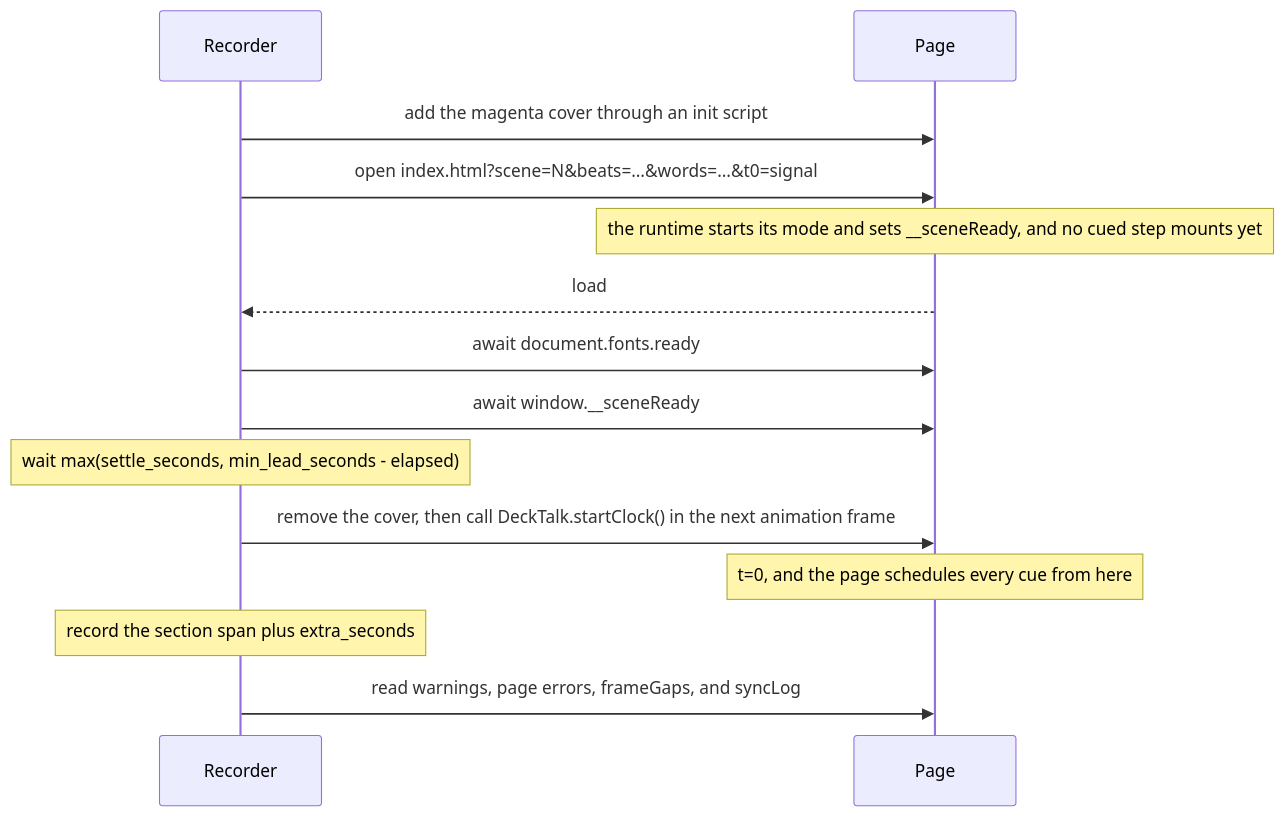
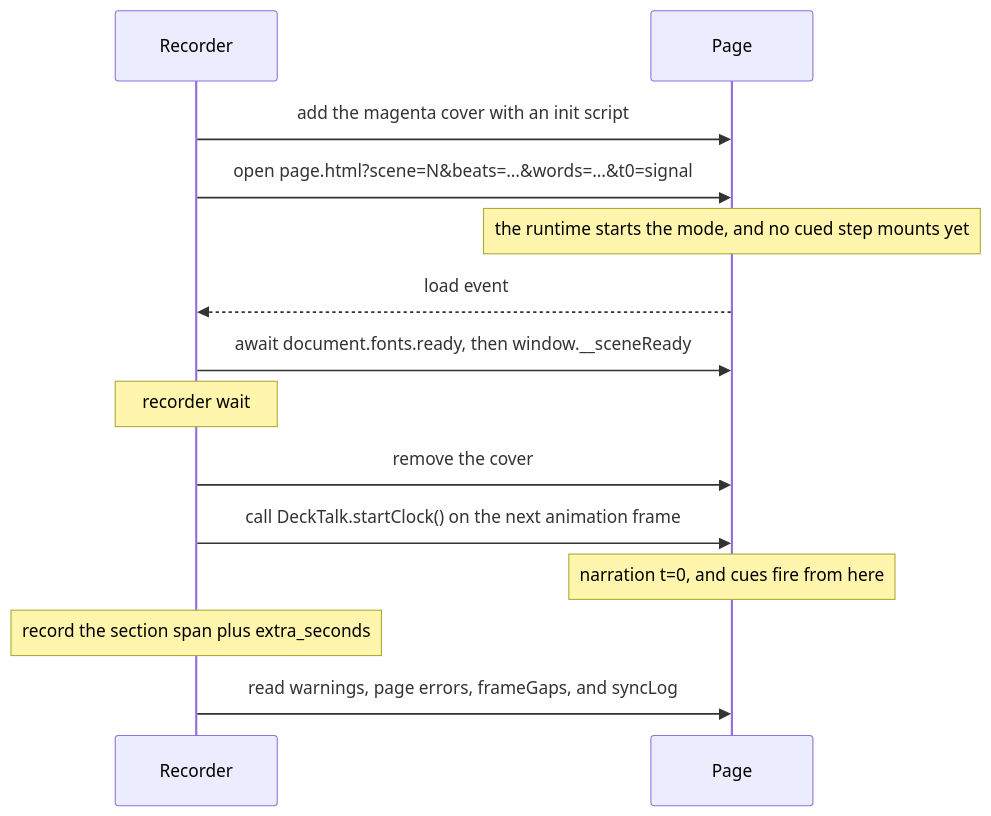
One commit to jacobcbeaudin/decktalk changed the diagram in docs/concepts/page-contract.mdx. Above: the diagram before and after it, drawn with Mermaid. The commit also changed other lines of this file and 33 other files, not shown here.

````diff
--- a/docs/concepts/page-contract.mdx
+++ b/docs/concepts/page-contract.mdx
@@ -57,16 +48,16 @@
 ```mermaid
 sequenceDiagram
     participant R as Recorder
     participant P as Page
-    R->>P: add the magenta cover through an init script
-    R->>P: open index.html?scene=N&beats=…&words=…&t0=signal
-    Note over P: the runtime starts its mode and sets __sceneReady, and no cued step mounts yet
-    P-->>R: load
-    R->>P: await document.fonts.ready
-    R->>P: await window.__sceneReady
-    Note over R: wait max(settle_seconds, min_lead_seconds - elapsed)
-    R->>P: remove the cover, then call DeckTalk.startClock() in the next animation frame
-    Note over P: t=0, and the page schedules every cue from here
+    R->>P: add the magenta cover with an init script
+    R->>P: open page.html?scene=N&beats=…&words=…&t0=signal
+    Note over P: the runtime starts the mode, and no cued step mounts yet
+    P-->>R: load event
+    R->>P: await document.fonts.ready, then window.__sceneReady
+    Note over R: recorder wait
+    R->>P: remove the cover
+    R->>P: call DeckTalk.startClock() on the next animation frame
+    Note over P: narration t=0, and cues fire from here
     Note over R: record the section span plus extra_seconds
     R->>P: read warnings, page errors, frameGaps, and syncLog
 ```
````
